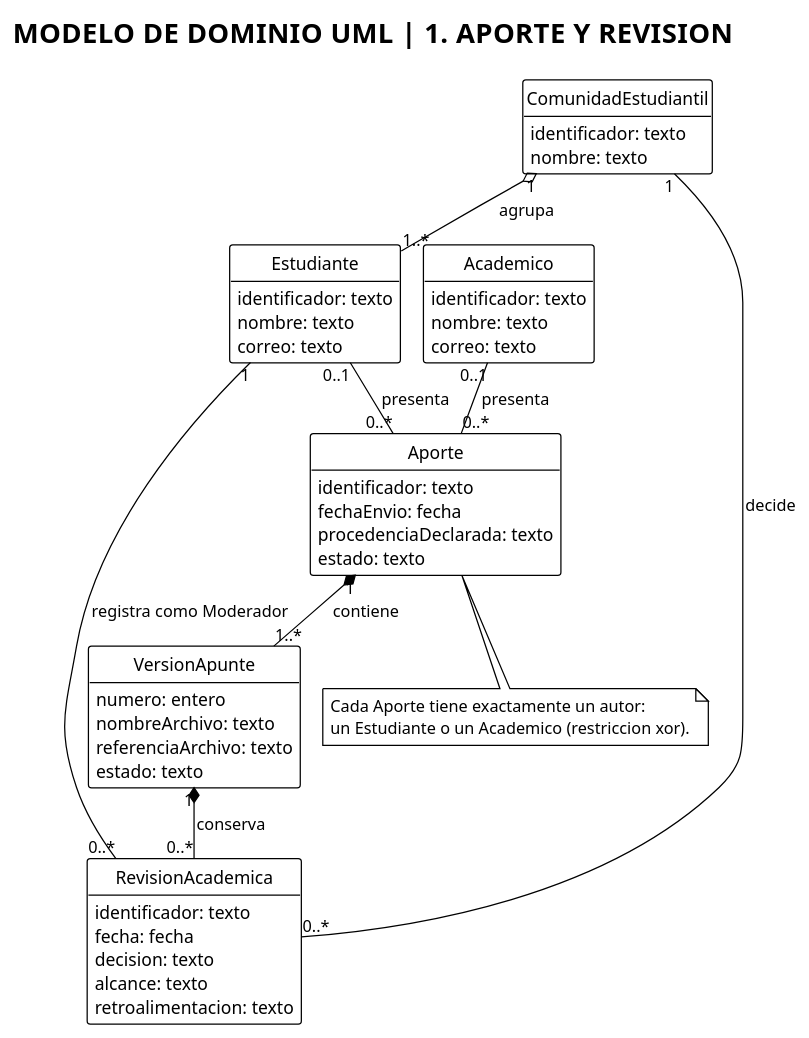
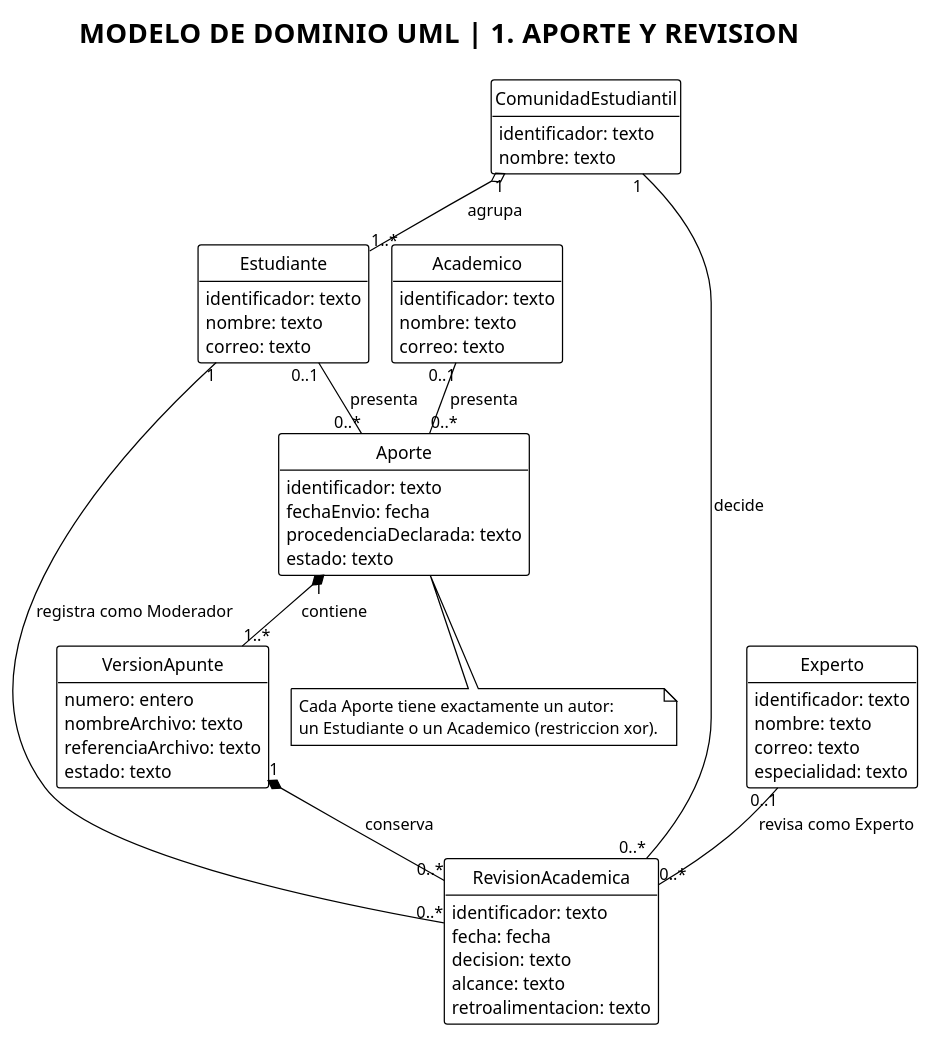
One commit to mapacheCorps/entrega changed the diagram in diagramas/modelo-dominio.puml. Above: the diagram before and after it, drawn with PlantUML. The commit also changed 38 other files, not shown here.

```diff
--- a/diagramas/modelo-dominio.puml
+++ b/diagramas/modelo-dominio.puml
@@ -1,61 +1,69 @@
 @startuml
 !pragma layout smetana
 !theme plain
 skinparam shadowing false
 skinparam classAttributeIconSize 0
 hide methods
 hide circle
 title MODELO DE DOMINIO UML  |  1. APORTE Y REVISION
 
 class ComunidadEstudiantil {
   identificador: texto
   nombre: texto
 }
 
 class Estudiante {
   identificador: texto
   nombre: texto
   correo: texto
 }
 
 class Academico {
   identificador: texto
   nombre: texto
   correo: texto
+}
+
+class Experto {
+  identificador: texto
+  nombre: texto
+  correo: texto
+  especialidad: texto
 }
 
 class Aporte {
   identificador: texto
   fechaEnvio: fecha
   procedenciaDeclarada: texto
   estado: texto
 }
 
 class VersionApunte {
   numero: entero
   nombreArchivo: texto
   referenciaArchivo: texto
   estado: texto
 }
 
 class RevisionAcademica {
   identificador: texto
   fecha: fecha
   decision: texto
   alcance: texto
   retroalimentacion: texto
 }
 
 ComunidadEstudiantil "1" o-- "1..*" Estudiante : agrupa
 Estudiante "0..1" -- "0..*" Aporte : presenta
 Academico "0..1" -- "0..*" Aporte : presenta
 Aporte "1" *-- "1..*" VersionApunte : contiene
 VersionApunte "1" *-- "0..*" RevisionAcademica : conserva
 ComunidadEstudiantil "1" -- "0..*" RevisionAcademica : decide
 Estudiante "1" -- "0..*" RevisionAcademica : registra como Moderador
+Experto "0..1" -- "0..*" RevisionAcademica : revisa como Experto
 
 note bottom of Aporte
   Cada Aporte tiene exactamente un autor:
   un Estudiante o un Academico (restriccion xor).
 end note
 @enduml
```
